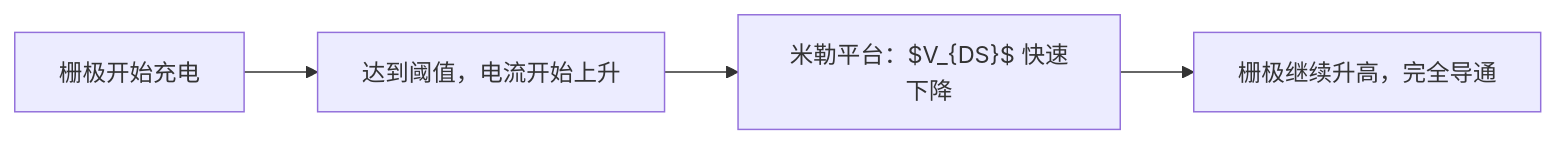
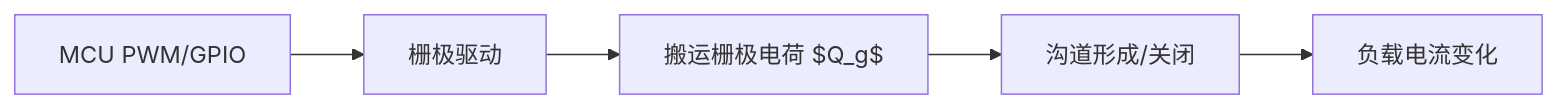
Before and after one commit to chengtao-ct/Flushingbondading_Notes: the diagram in 电气硬件-知识/电力电子/MOSFET.md, drawn with Mermaid. The commit also changed other lines of this file and 202 other files, not shown here.

````diff
--- a/电气硬件-知识/电力电子/MOSFET.md
+++ b/电气硬件-知识/电力电子/MOSFET.md
@@ -90,6 +46,7 @@
 ```mermaid
 flowchart LR
-    A["栅极开始充电"] --> B["达到阈值，电流开始上升"]
-    B --> C["米勒平台：$V_{DS}$ 快速下降"]
-    C --> D["栅极继续升高，完全导通"]
+    MCU["MCU PWM/GPIO"] --> Driver["栅极驱动"]
+    Driver --> Gate["搬运栅极电荷 $Q_g$"]
+    Gate --> Channel["沟道形成/关闭"]
+    Channel --> Load["负载电流变化"]
 ```
````
